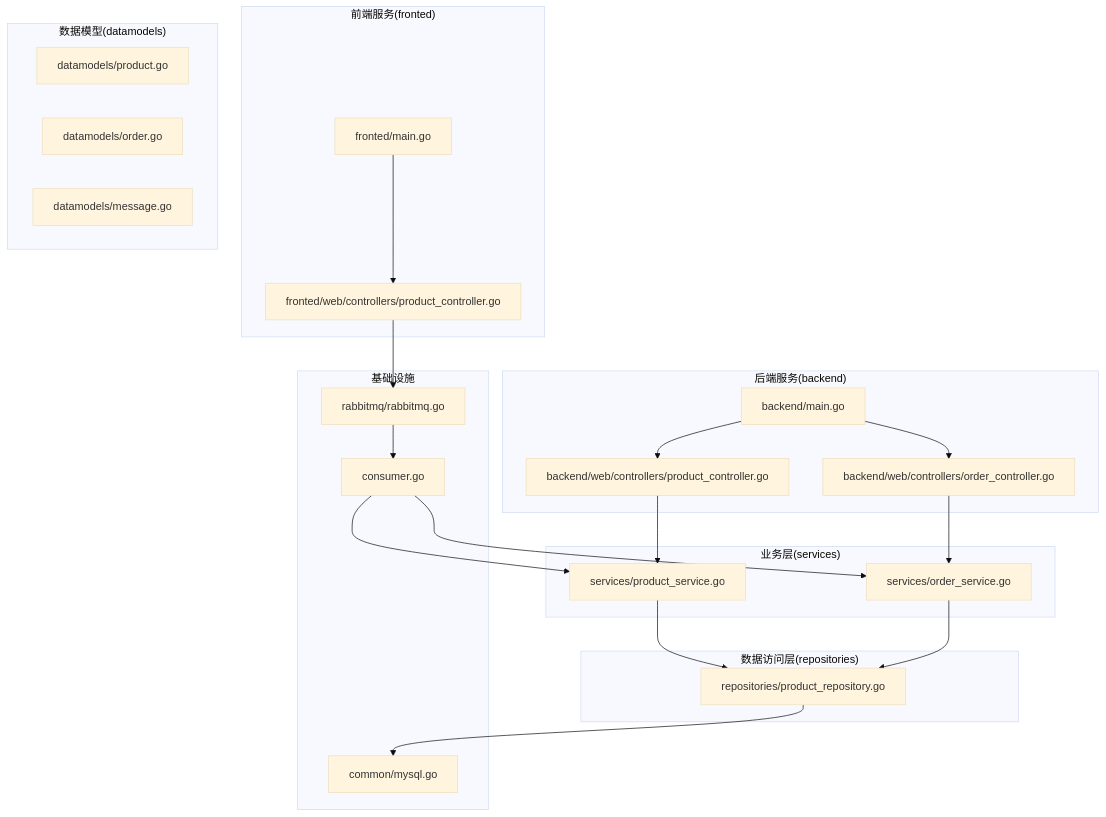
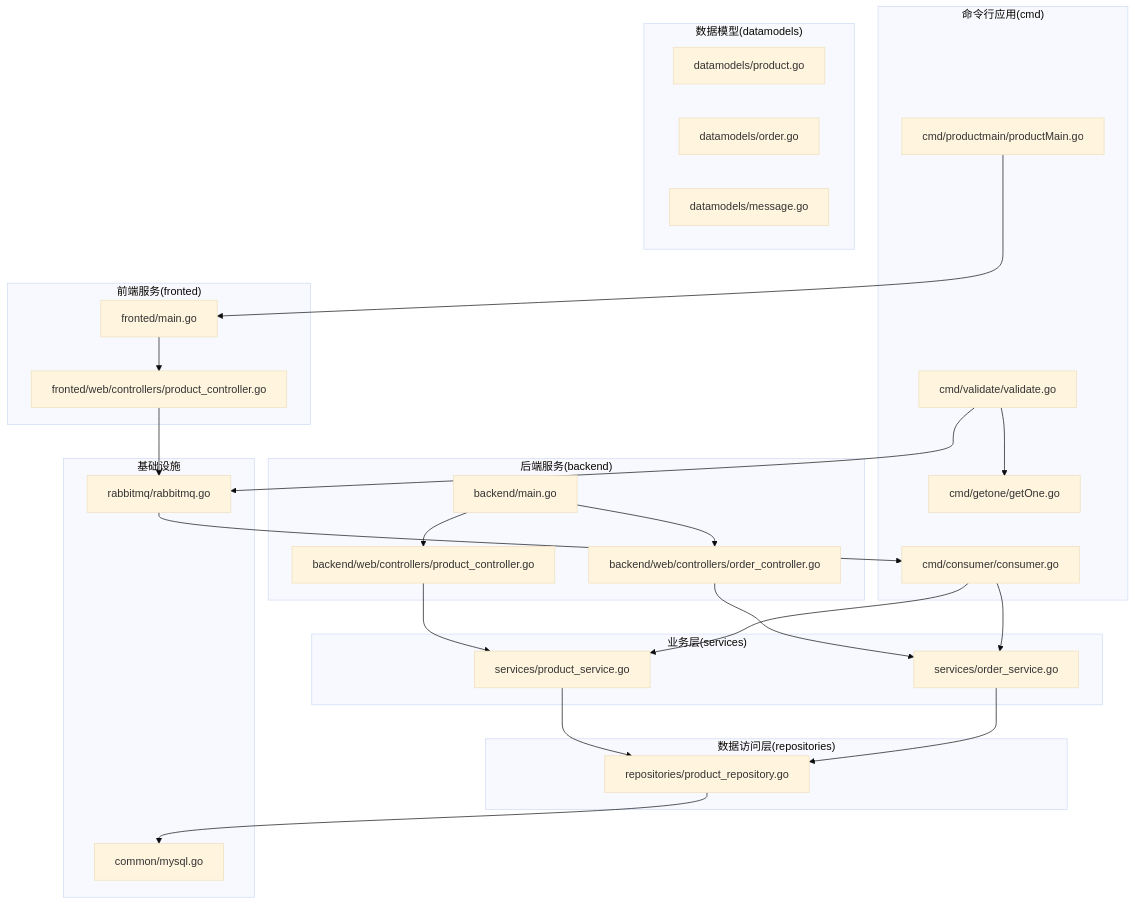
The first of 9 diagrams in .qoder/repowiki/zh/content/系统架构设计/系统架构设计.md (gbtdesign/e-commerce-t), drawn with Mermaid (base theme) before and after one commit. The commit also changed other lines of this file and 53 other files, not shown here.

````diff
--- a/.qoder/repowiki/zh/content/系统架构设计/系统架构设计.md
+++ b/.qoder/repowiki/zh/content/系统架构设计/系统架构设计.md
@@ -47,41 +59,49 @@
 ```mermaid
 graph TB
+subgraph "命令行应用(cmd)"
+Consumer["cmd/consumer/consumer.go"]
+Validate["cmd/validate/validate.go"]
+GetOne["cmd/getone/getOne.go"]
+ProductMain["cmd/productmain/productMain.go"]
+end
 subgraph "前端服务(fronted)"
 FE_Main["fronted/main.go"]
 FE_Ctrl["fronted/web/controllers/product_controller.go"]
 end
 subgraph "后端服务(backend)"
 BE_Main["backend/main.go"]
 BE_CtrlP["backend/web/controllers/product_controller.go"]
 BE_CtrlO["backend/web/controllers/order_controller.go"]
 end
 subgraph "业务层(services)"
 S_Prod["services/product_service.go"]
 S_Order["services/order_service.go"]
 end
 subgraph "数据访问层(repositories)"
 R_Prod["repositories/product_repository.go"]
 end
 subgraph "数据模型(datamodels)"
 M_Prod["datamodels/product.go"]
 M_Order["datamodels/order.go"]
 M_Msg["datamodels/message.go"]
 end
 subgraph "基础设施"
 C_MySQL["common/mysql.go"]
 MQ["rabbitmq/rabbitmq.go"]
-Consumer["consumer.go"]
 end
 FE_Main --> FE_Ctrl
 FE_Ctrl --> MQ
 BE_Main --> BE_CtrlP
 BE_Main --> BE_CtrlO
 BE_CtrlP --> S_Prod
 BE_CtrlO --> S_Order
 S_Prod --> R_Prod
 S_Order --> R_Prod
 R_Prod --> C_MySQL
 MQ --> Consumer
 Consumer --> S_Order
 Consumer --> S_Prod
+Validate --> GetOne
+Validate --> MQ
+ProductMain --> FE_Main
 ```
````
